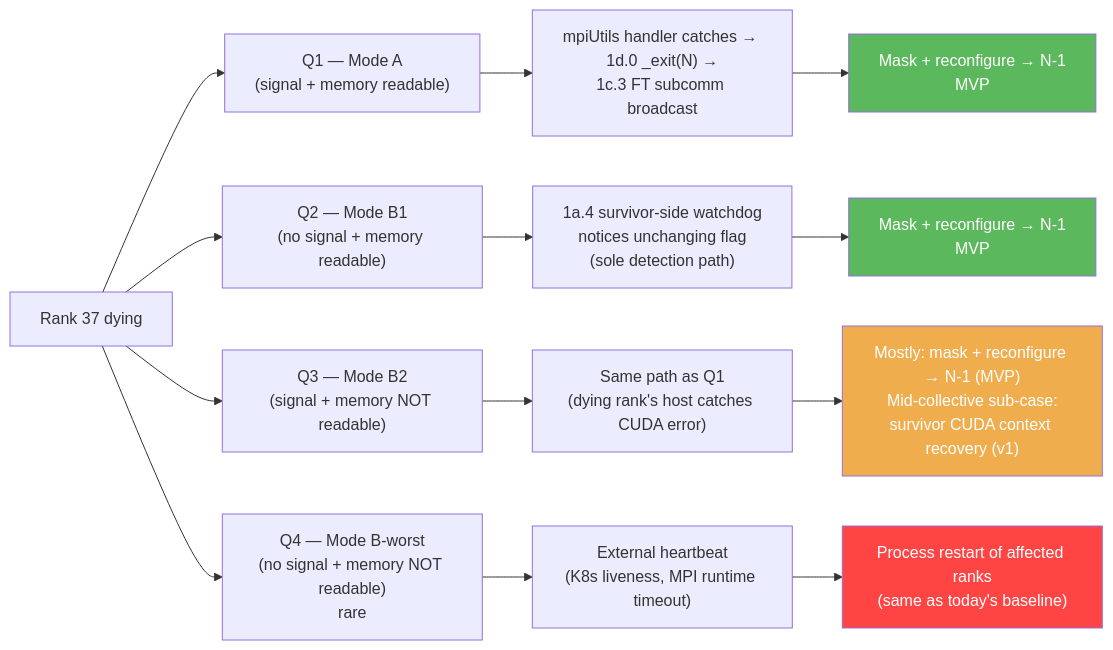
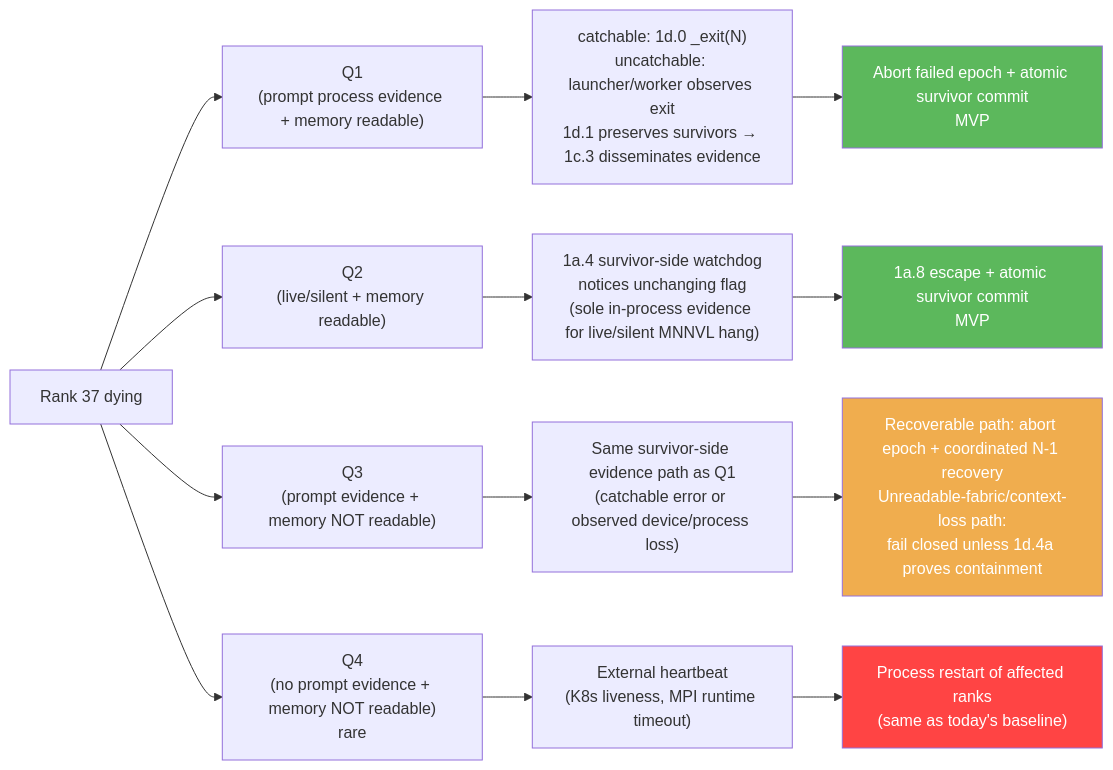
One commit to chienchunhung/TensorRT-LLM changed the diagram in docs/design/wide-ep-fault-tolerance/03-failure-modes-and-gaps.md. Above: the diagram before and after it, drawn with Mermaid. The commit also changed other lines of this file and 27 other files, not shown here.

````diff
--- a/docs/design/wide-ep-fault-tolerance/03-failure-modes-and-gaps.md
+++ b/docs/design/wide-ep-fault-tolerance/03-failure-modes-and-gaps.md
@@ -114,26 +112,26 @@
 ```mermaid
 graph LR
     Dying["Rank 37 dying"]
 
-    Dying --> Q1["Q1 — Mode A<br/>(signal + memory readable)"]
-    Dying --> Q2["Q2 — Mode B1<br/>(no signal + memory readable)"]
-    Dying --> Q3["Q3 — Mode B2<br/>(signal + memory NOT readable)"]
-    Dying --> Q4["Q4 — Mode B-worst<br/>(no signal + memory NOT readable)<br/>rare"]
+    Dying --> Q1["Q1<br/>(prompt process evidence + memory readable)"]
+    Dying --> Q2["Q2<br/>(live/silent + memory readable)"]
+    Dying --> Q3["Q3<br/>(prompt evidence + memory NOT readable)"]
+    Dying --> Q4["Q4<br/>(no prompt evidence + memory NOT readable)<br/>rare"]
 
-    Q1 --> Q1Detect["mpiUtils handler catches → 1d.0 _exit(N) →<br/>1c.3 FT subcomm broadcast"]
-    Q2 --> Q2Detect["1a.4 survivor-side watchdog<br/>notices unchanging flag<br/>(sole detection path)"]
-    Q3 --> Q3Detect["Same path as Q1<br/>(dying rank's host catches CUDA error)"]
+    Q1 --> Q1Detect["catchable: 1d.0 _exit(N)<br/>uncatchable: launcher/worker observes exit<br/>1d.1 preserves survivors → 1c.3 disseminates evidence"]
+    Q2 --> Q2Detect["1a.4 survivor-side watchdog<br/>notices unchanging flag<br/>(sole in-process evidence for live/silent MNNVL hang)"]
+    Q3 --> Q3Detect["Same survivor-side evidence path as Q1<br/>(catchable error or observed device/process loss)"]
     Q4 --> Q4Detect["External heartbeat<br/>(K8s liveness, MPI runtime timeout)"]
 
-    Q1Detect --> Q1R["Mask + reconfigure → N-1<br/>MVP"]
-    Q2Detect --> Q2R["Mask + reconfigure → N-1<br/>MVP"]
+    Q1Detect --> Q1R["Abort failed epoch + atomic survivor commit<br/>MVP"]
+    Q2Detect --> Q2R["1a.8 escape + atomic survivor commit<br/>MVP"]
 
-    Q3Detect --> Q3R["Mostly: mask + reconfigure → N-1 (MVP)<br/>Mid-collective sub-case:<br/>survivor CUDA context recovery (v1)"]
+    Q3Detect --> Q3R["Recoverable path: abort epoch + coordinated N-1 recovery<br/>Unreadable-fabric/context-loss path:<br/>fail closed unless 1d.4a proves containment"]
 
     Q4Detect --> Q4R["Process restart of affected ranks<br/>(same as today's baseline)"]
 
     style Q1R fill:#5cb85c,color:#fff
     style Q2R fill:#5cb85c,color:#fff
     style Q3R fill:#f0ad4e,color:#fff
     style Q4R fill:#ff4444,color:#fff
 ```
````
